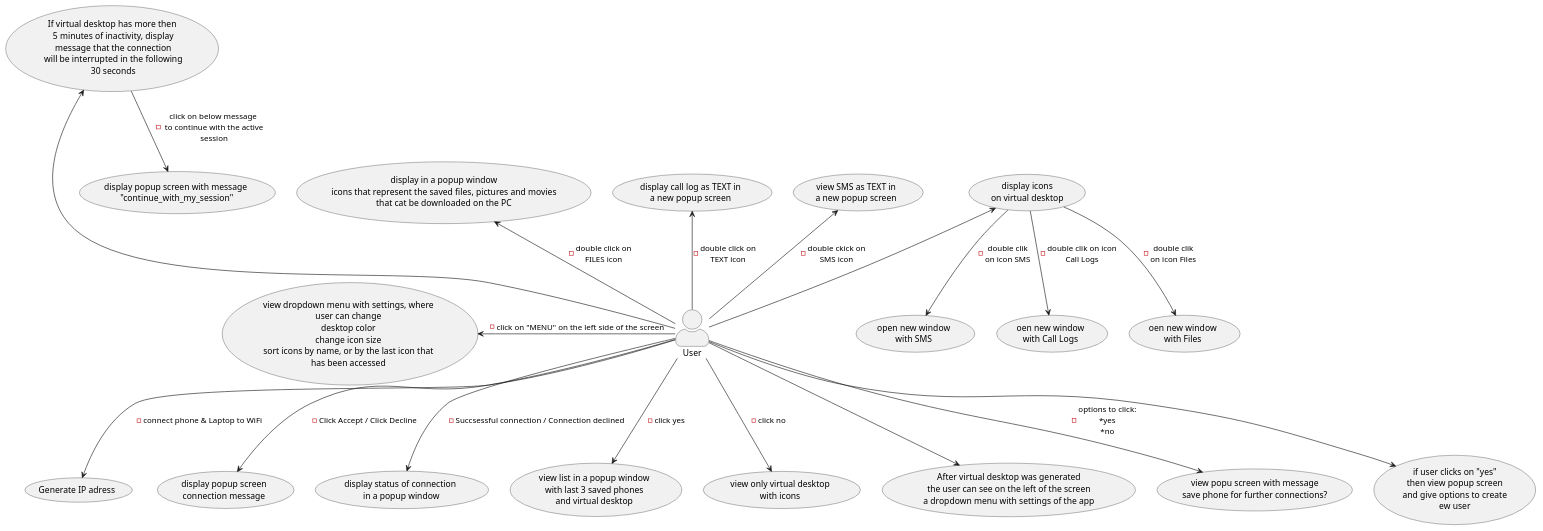
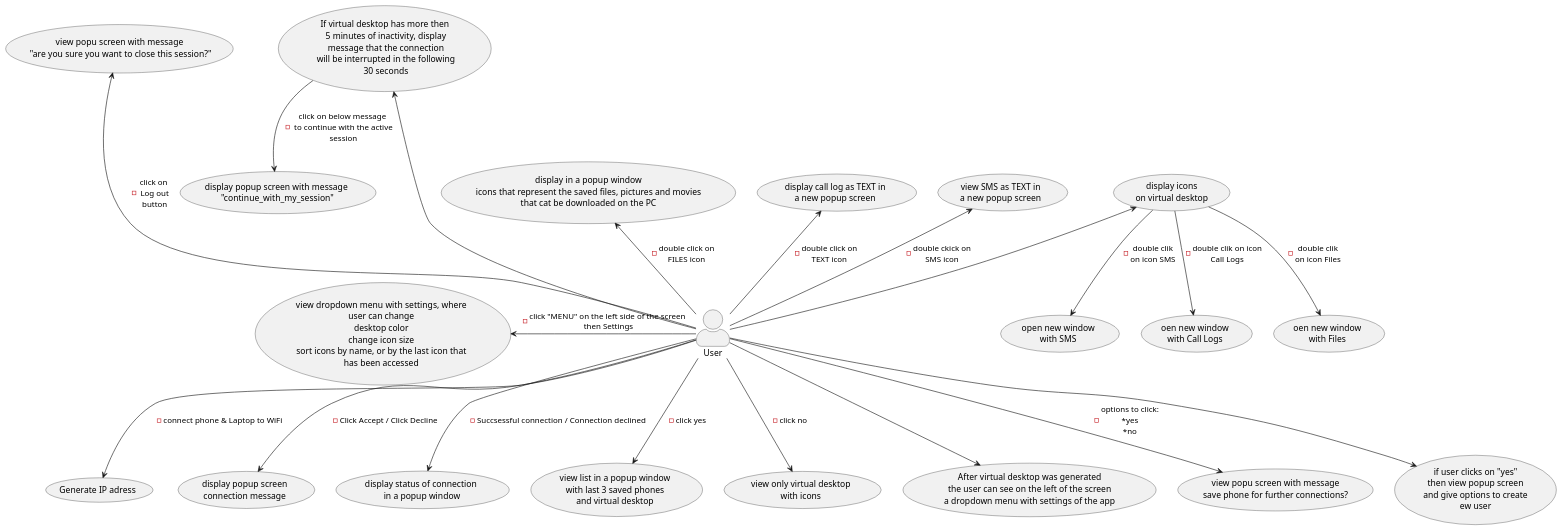
Before and after one commit to ofrasia/Remote_Phone_App_1: the diagram in Remote_Phone_App_1.puml, drawn with PlantUML. The commit also changed 3 other files, not shown here.

```diff
--- a/Remote_Phone_App_1.puml
+++ b/Remote_Phone_App_1.puml
@@ -1,21 +1,22 @@
 @startuml
 skinparam actorStyle awesome
 User -->(Generate IP adress) :- connect phone & Laptop to WiFi
 User --> (display popup screen\nconnection message) :- Click Accept / Click Decline
 User --> (display status of connection\n in a popup window) :- Succsessful connection / Connection declined
 User -->(view list in a popup window\nwith last 3 saved phones\nand virtual desktop) :- click yes
 User -->(view only virtual desktop\nwith icons) :- click no
 User --> (After virtual desktop was generated\nthe user can see on the left of the screen\na dropdown menu with settings of the app)
 :User: -up-> (display icons\non virtual desktop)
 (display icons\non virtual desktop) --> (open new window\nwith SMS) :-double clik \non icon SMS
 (display icons\non virtual desktop) -->(oen new window\nwith Call Logs) :-double clik on icon\nCall Logs
 (display icons\non virtual desktop) --> (oen new window\nwith Files) :-double clik \non icon Files
 :User: -up-> (view SMS as TEXT in\na new popup screen) :- double ckick on\nSMS icon
 :User: -up-> (display call log as TEXT in\na new popup screen) :- double click on\nTEXT icon
-:User: -left-> (view dropdown menu with settings, where\nuser can change\ndesktop color\nchange icon size\nsort icons by name, or by the last icon that\nhas been accessed) :- click on "MENU" on the left side of the screen
+:User: -left-> (view dropdown menu with settings, where\nuser can change\ndesktop color\nchange icon size\nsort icons by name, or by the last icon that\nhas been accessed) :- click "MENU" on the left side of the screen\n then Settings
 :User: -down-> (view popu screen with message\nsave phone for further connections?) :- options to click:\n*yes\n*no
 :User: -down-> (if user clicks on "yes"\nthen view popup screen\nand give options to create\new user)
 :User: -up-> (display in a popup window\nicons that represent the saved files, pictures and movies\nthat cat be downloaded on the PC) :-double click on\nFILES icon
 :User: -up--> (If virtual desktop has more then\n 5 minutes of inactivity, display\n message that the connection\n will be interrupted in the following\n 30 seconds)
 (If virtual desktop has more then\n 5 minutes of inactivity, display\n message that the connection\n will be interrupted in the following\n 30 seconds) -->(display popup screen with message\n "continue_with_my_session") :- click on below message\n to continue with the active\n session
+:User: -up--> (view popu screen with message\n "are you sure you want to close this session?") :- click on\n Log out\n button
 @enduml
```
